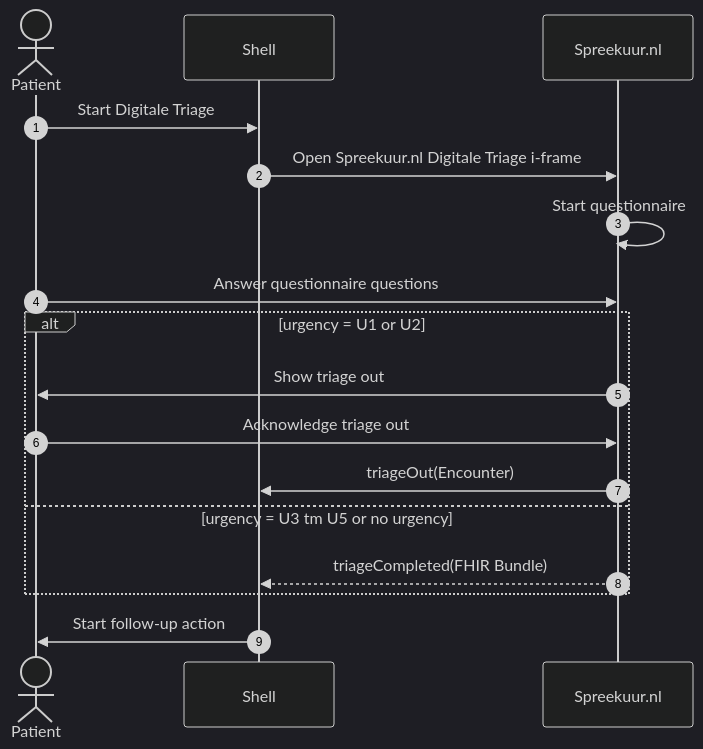
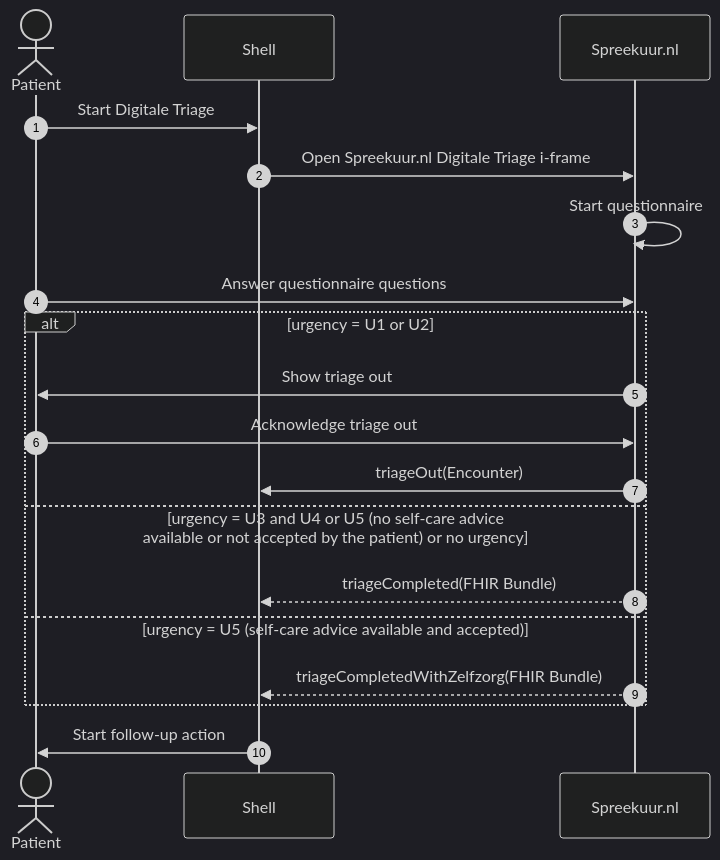
Before and after one commit to topicushealthcare/spreekuur-docs: the diagram in docs/features/digitale-triage/digitale-triage.md, drawn with Mermaid (dark theme). The commit also changed other lines of this file, not shown here.

Commit message:
SCON-9587 Externe triage docs update (#146)

````diff
--- a/docs/features/digitale-triage/digitale-triage.md
+++ b/docs/features/digitale-triage/digitale-triage.md
@@ -16,20 +16,22 @@
 ```mermaid
 sequenceDiagram
     autonumber
     actor P as Patient
     participant shell as Shell
     participant SU as Spreekuur.nl
 
     P->>shell: Start Digitale Triage
     shell->>SU: Open Spreekuur.nl Digitale Triage i-frame
     SU->>SU: Start questionnaire
     P->>SU: Answer questionnaire questions
     alt urgency = U1 or U2
         SU->>P: Show triage out
         P->>SU: Acknowledge triage out
         SU->>shell: triageOut(Encounter)
-    else urgency = U3 tm U5 or no urgency
+    else urgency = U3 and U4 or U5 (no self-care advice available or not accepted by the patient) or no urgency
         SU-->>shell: triageCompleted(FHIR Bundle)
+    else urgency = U5 (self-care advice available and accepted)
+        SU-->>shell: triageCompletedWithZelfzorg(FHIR Bundle)    
     end
     shell->>P: Start follow-up action
 ```
````
